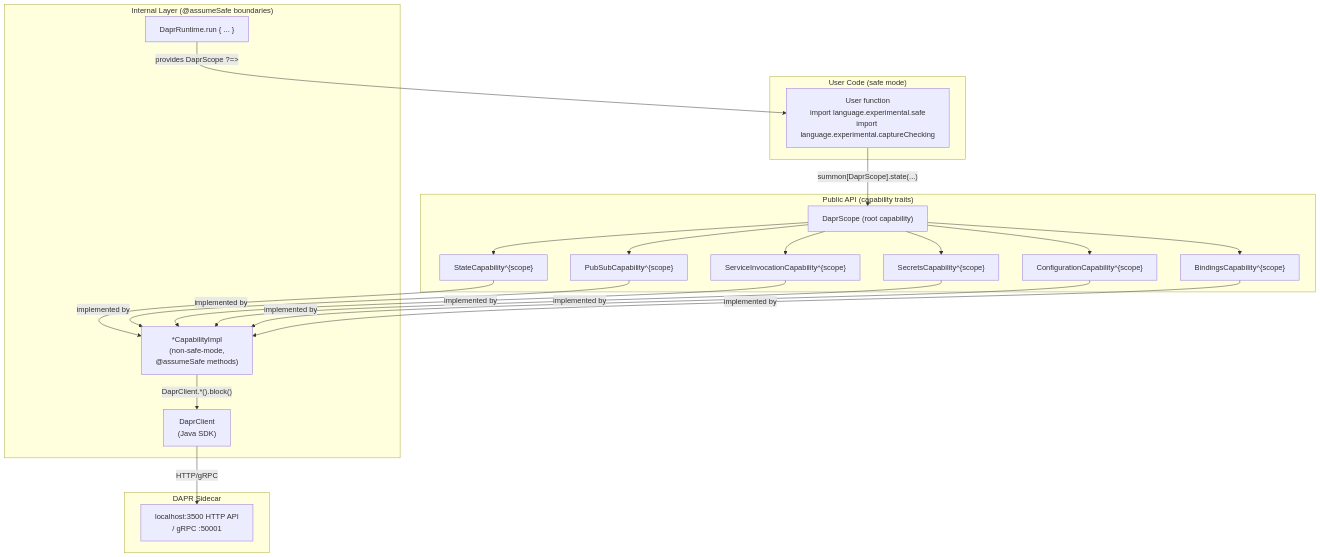
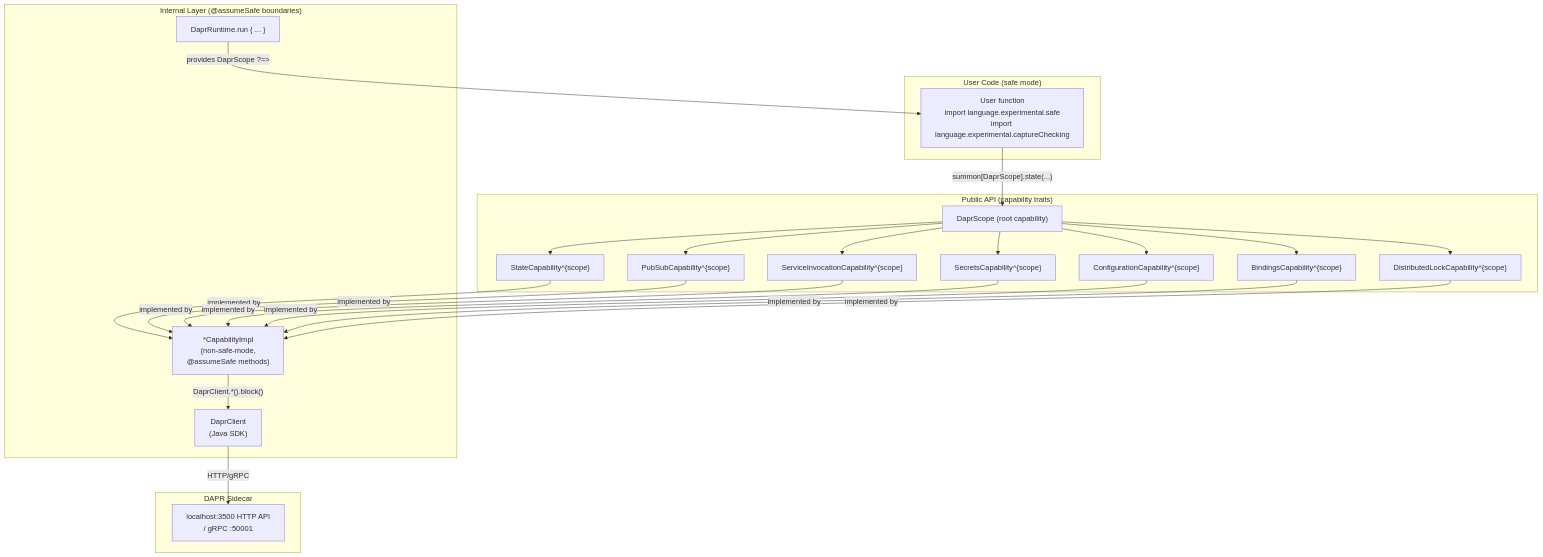
Before and after one commit to sideeffffect/dapr4s: the first of 4 diagrams in DESIGN.md, drawn with Mermaid. The commit also changed other lines of this file and 1 other file, not shown here.

````diff
--- a/DESIGN.md
+++ b/DESIGN.md
@@ -19,34 +19,35 @@
 ```mermaid
 graph TB
     subgraph "User Code (safe mode)"
         UC["User function\nimport language.experimental.safe\nimport language.experimental.captureChecking"]
     end
 
     subgraph "Public API (capability traits)"
         DS["DaprScope (root capability)"]
         SC["StateCapability^{scope}"]
         PC["PubSubCapability^{scope}"]
         IC["ServiceInvocationCapability^{scope}"]
         SEC["SecretsCapability^{scope}"]
         CC["ConfigurationCapability^{scope}"]
         BC["BindingsCapability^{scope}"]
+        LC["DistributedLockCapability^{scope}"]
     end
 
     subgraph "Internal Layer (@assumeSafe boundaries)"
         DR["DaprRuntime.run { ... }"]
         IMPL["*CapabilityImpl\n(non-safe-mode,\n@assumeSafe methods)"]
         DC["DaprClient\n(Java SDK)"]
     end
 
     subgraph "DAPR Sidecar"
         SID["localhost:3500 HTTP API\n/ gRPC :50001"]
     end
 
     UC -->|"summon[DaprScope].state(...)"| DS
-    DS --> SC & PC & IC & SEC & CC & BC
-    SC & PC & IC & SEC & CC & BC -->|"implemented by"| IMPL
+    DS --> SC & PC & IC & SEC & CC & BC & LC
+    SC & PC & IC & SEC & CC & BC & LC -->|"implemented by"| IMPL
     IMPL -->|"DaprClient.*().block()"| DC
     DC -->|"HTTP/gRPC"| SID
 
     DR -->|"provides DaprScope ?=>"| UC
 ```
````
